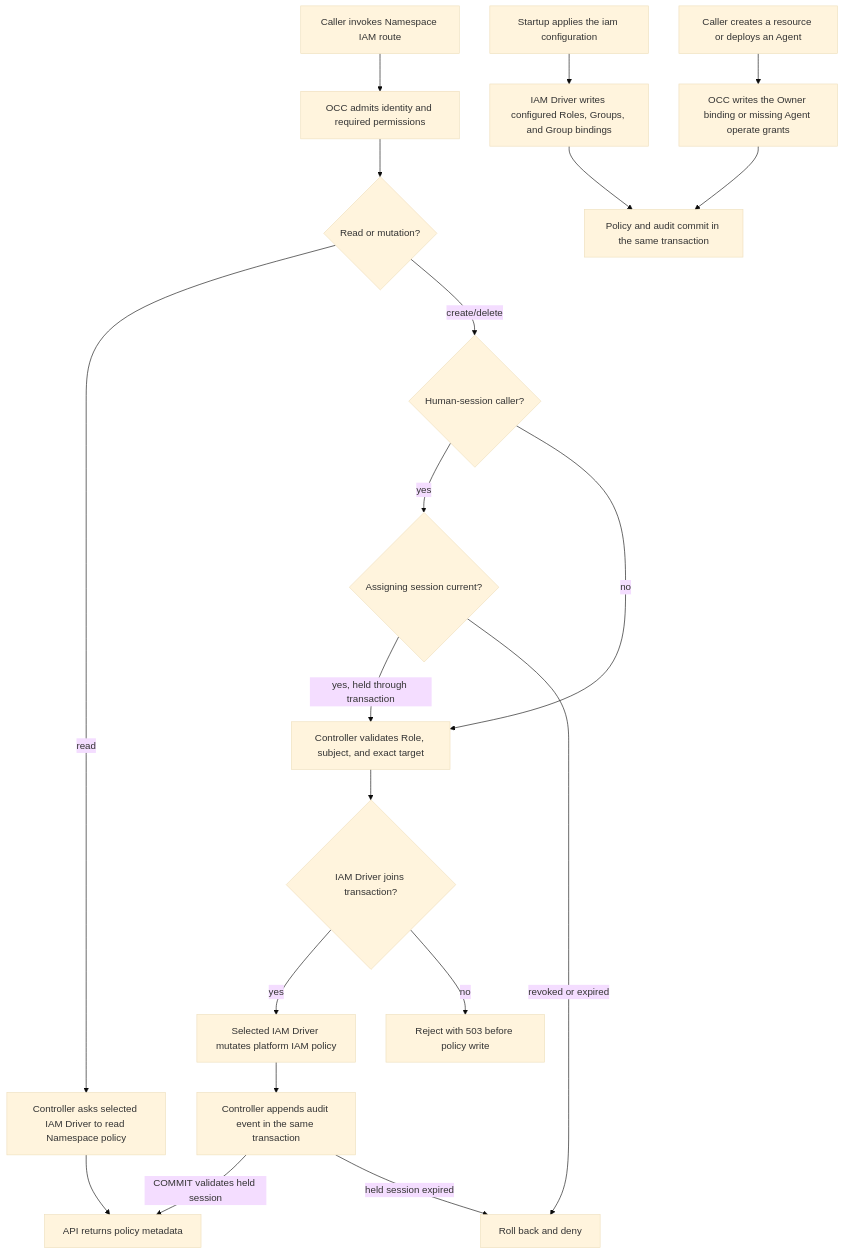
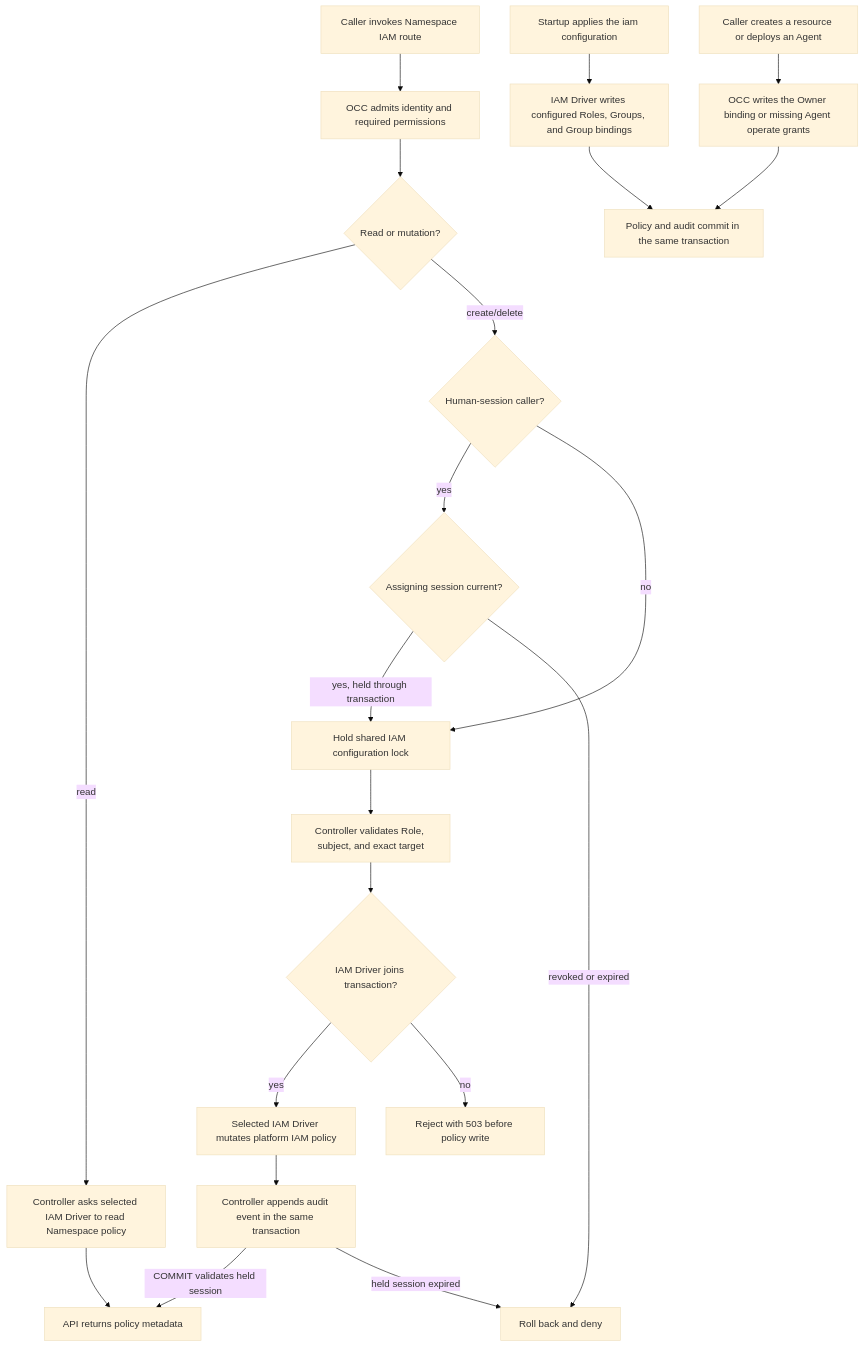
One commit to openclaw/openclaw-enterprise changed the diagram in docs/flows/namespace-iam-policy.md. Above: the diagram before and after it, drawn with Mermaid (base theme). The commit also changed other lines of this file and 4 other files, not shown here.

Commit message:
fix: serialize IAM policy writes with configuration updates

````diff
--- a/docs/flows/namespace-iam-policy.md
+++ b/docs/flows/namespace-iam-policy.md
@@ -35,22 +35,23 @@
 ```mermaid
 graph TD
   A["Caller invokes Namespace IAM route"] --> B["OCC admits identity and required permissions"]
   B --> C{"Read or mutation?"}
   C -->|read| D["Controller asks selected IAM Driver to read Namespace policy"]
   C -->|create/delete| S{"Human-session caller?"}
   S -->|yes| L{"Assigning session current?"}
-  L -->|yes, held through transaction| E["Controller validates Role, subject, and exact target"]
+  L -->|yes, held through transaction| CFI["Hold shared IAM configuration lock"]
   L -->|revoked or expired| X["Roll back and deny"]
-  S -->|no| E
+  S -->|no| CFI
+  CFI --> E["Controller validates Role, subject, and exact target"]
   E --> T{"IAM Driver joins transaction?"}
   T -->|yes| F["Selected IAM Driver mutates platform IAM policy"]
   T -->|no| U["Reject with 503 before policy write"]
   F --> G["Controller appends audit event in the same transaction"]
   D --> H["API returns policy metadata"]
   G -->|COMMIT validates held session| H
   G -->|held session expired| X
   M["Startup applies the iam configuration"] --> P["IAM Driver writes configured Roles, Groups, and Group bindings"]
   N["Caller creates a resource or deploys an Agent"] --> O["OCC writes the Owner binding or missing Agent operate grants"]
   P --> Q["Policy and audit commit in the same transaction"]
   O --> Q
 ```
````
